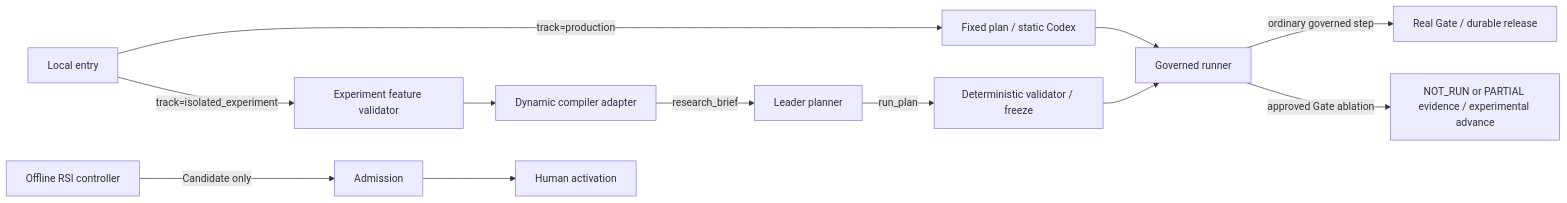
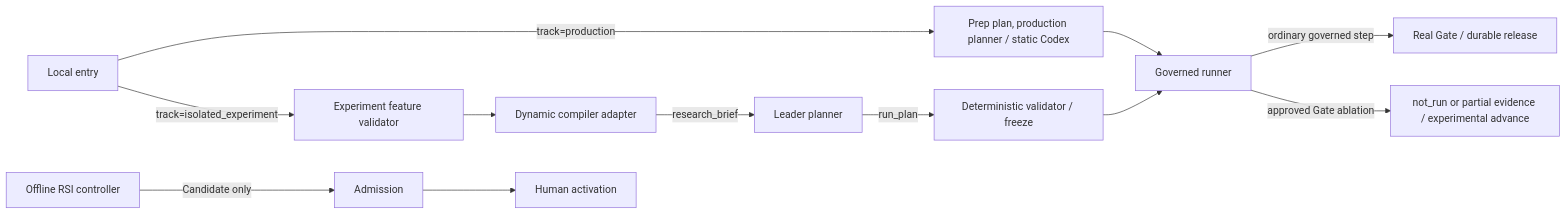
One commit to Stellven/jiuwenswarm changed the diagram in docs/architecture/system/experiments.md. Above: the diagram before and after it, drawn with Mermaid. The commit also changed other lines of this file and 324 other files, not shown here.

First line of the commit message:
Reorganize architecture library into one thin, current M1 design

````diff
--- a/docs/architecture/system/experiments.md
+++ b/docs/architecture/system/experiments.md
@@ -37,14 +49,14 @@
 ```mermaid
 flowchart LR
-    I[Local entry] -->|track=production| F[Fixed plan / static Codex]
+    I[Local entry] -->|track=production| F[Prep plan, production planner / static Codex]
     I -->|track=isolated_experiment| E[Experiment feature validator]
     E --> C[Dynamic compiler adapter]
     C -->|research_brief| P[Leader planner]
     P -->|run_plan| V[Deterministic validator / freeze]
     V --> R[Governed runner]
     F --> R
     R -->|ordinary governed step| G[Real Gate / durable release]
-    R -->|approved Gate ablation| X[NOT_RUN or PARTIAL evidence / experimental advance]
+    R -->|approved Gate ablation| X[not_run or partial evidence / experimental advance]
     O[Offline RSI controller] -->|Candidate only| A[Admission]
     A --> H[Human activation]
 ```
````
